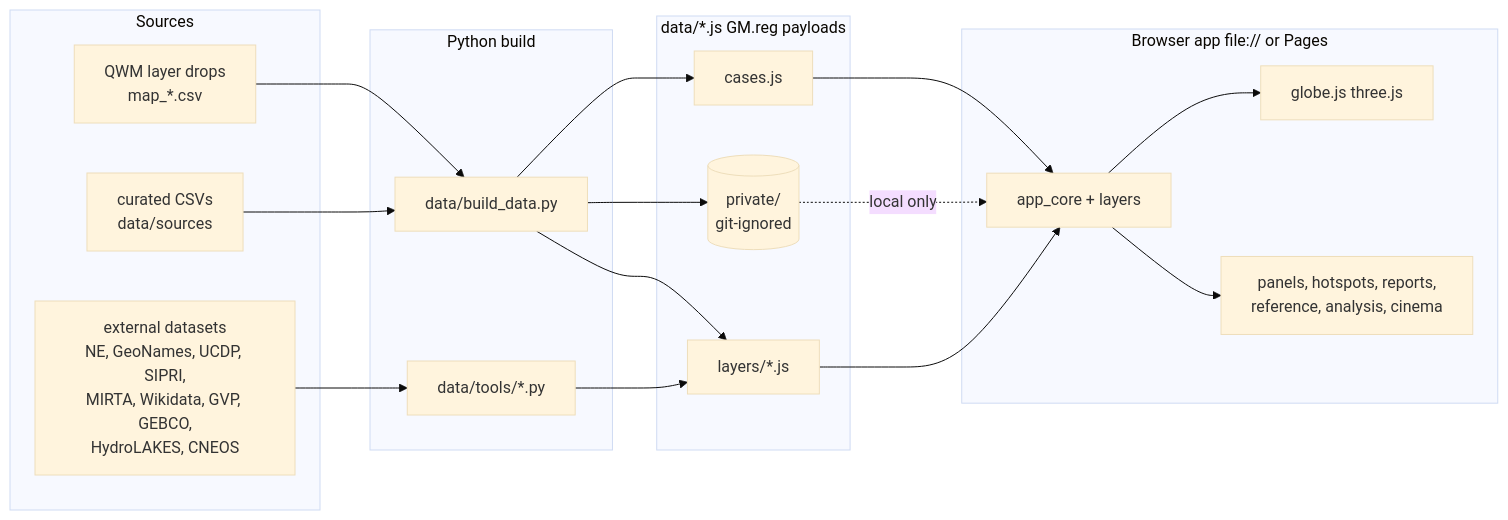
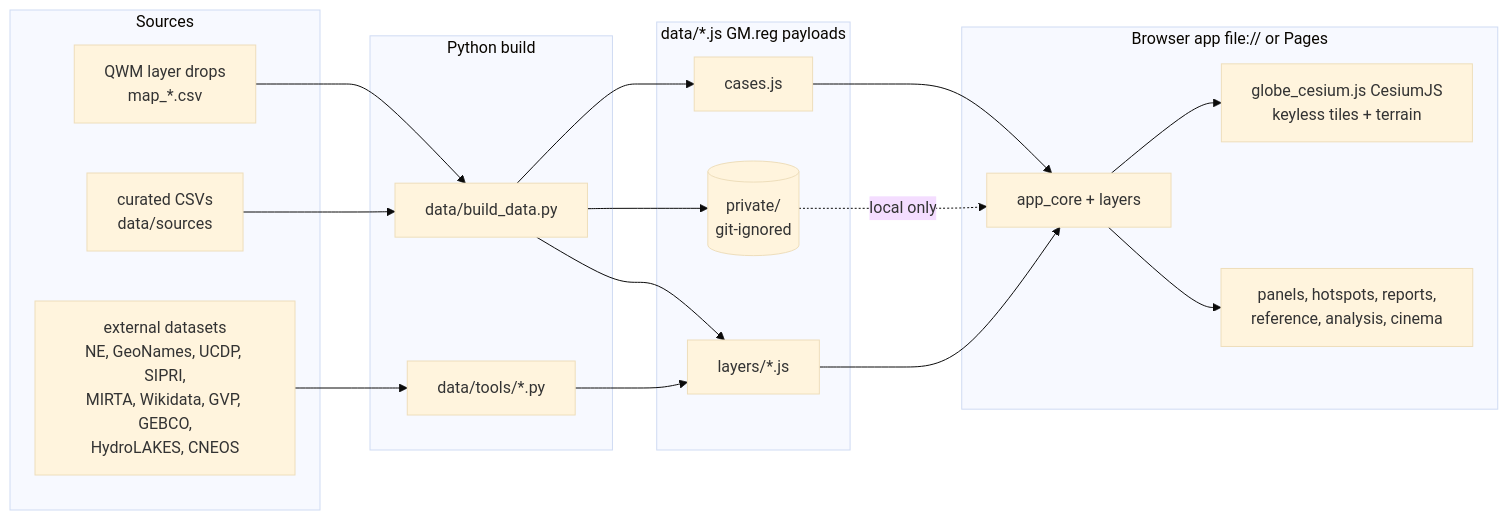
One commit to 0thernes/global-map-app changed the diagram in README.md. Above: the diagram before and after it, drawn with Mermaid (base theme). The commit also changed other lines of this file and 10 other files, not shown here.

Commit message:
docs: ADR 0001 (CesiumJS renderer), keyless data-sources review, credits, checklist, 1.1.0 changelog

````diff
--- a/README.md
+++ b/README.md
@@ -87,34 +93,34 @@
 ```mermaid
 flowchart LR
   subgraph Sources
     QWM[QWM layer drops<br/>map_*.csv]
     CUR[curated CSVs<br/>data/sources]
     EXT[external datasets<br/>NE, GeoNames, UCDP, SIPRI,<br/>MIRTA, Wikidata, GVP, GEBCO,<br/>HydroLAKES, CNEOS]
   end
   subgraph Build[Python build]
     BD[data/build_data.py]
     BT[data/tools/*.py]
   end
   subgraph Data[data/*.js  GM.reg payloads]
     CASES[cases.js]
     LAY[layers/*.js]
     PRIV[(private/<br/>git-ignored)]
   end
   subgraph App[Browser app  file:// or Pages]
     CORE[app_core + layers]
-    GLOBE[globe.js three.js]
+    GLOBE[globe_cesium.js CesiumJS<br/>keyless tiles + terrain]
     UI[panels, hotspots, reports,<br/>reference, analysis, cinema]
   end
   QWM --> BD
   CUR --> BD
   EXT --> BT
   BT --> LAY
   BD --> CASES
   BD --> PRIV
   BD --> LAY
   CASES --> CORE
   LAY --> CORE
   PRIV -. local only .-> CORE
   CORE --> GLOBE
   CORE --> UI
 ```
````
